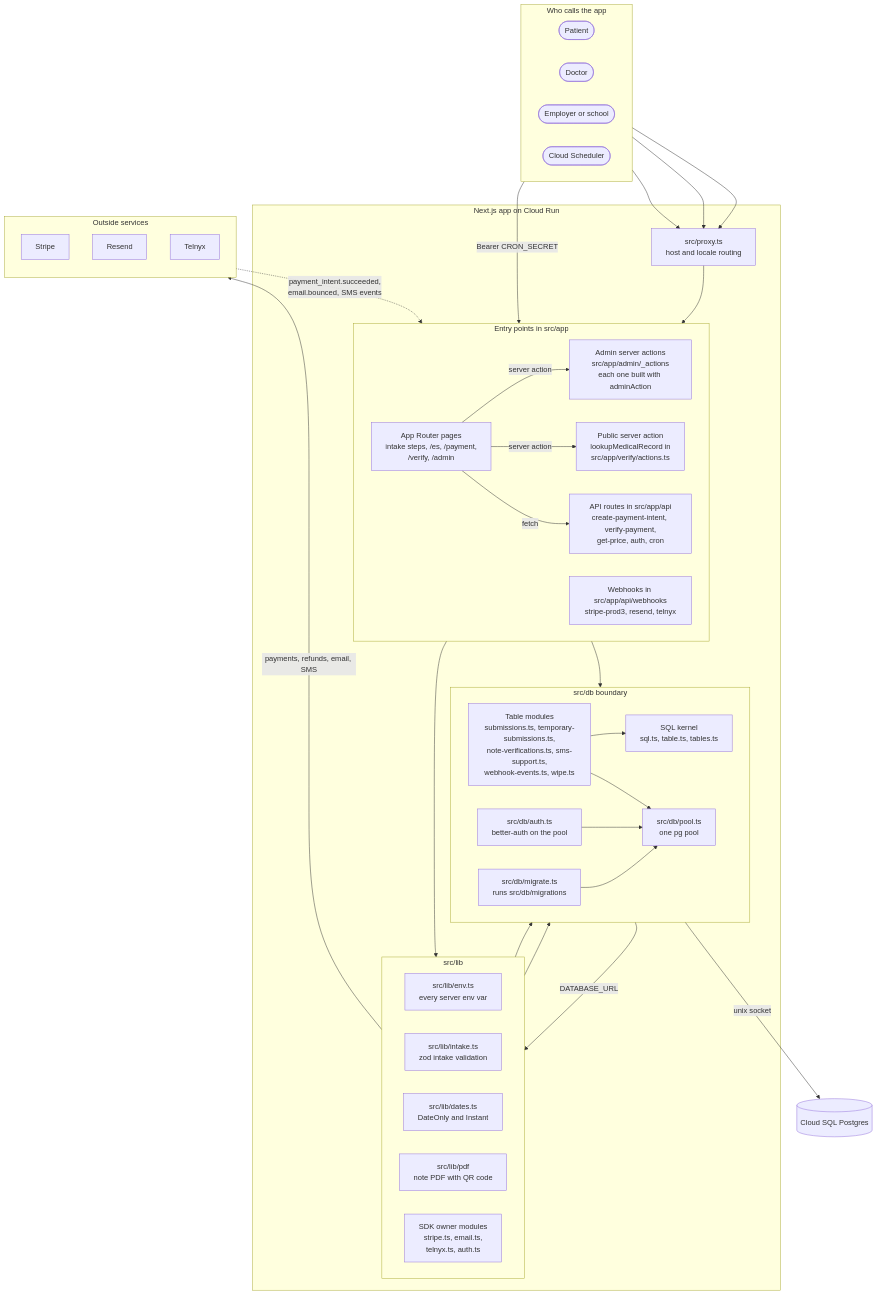
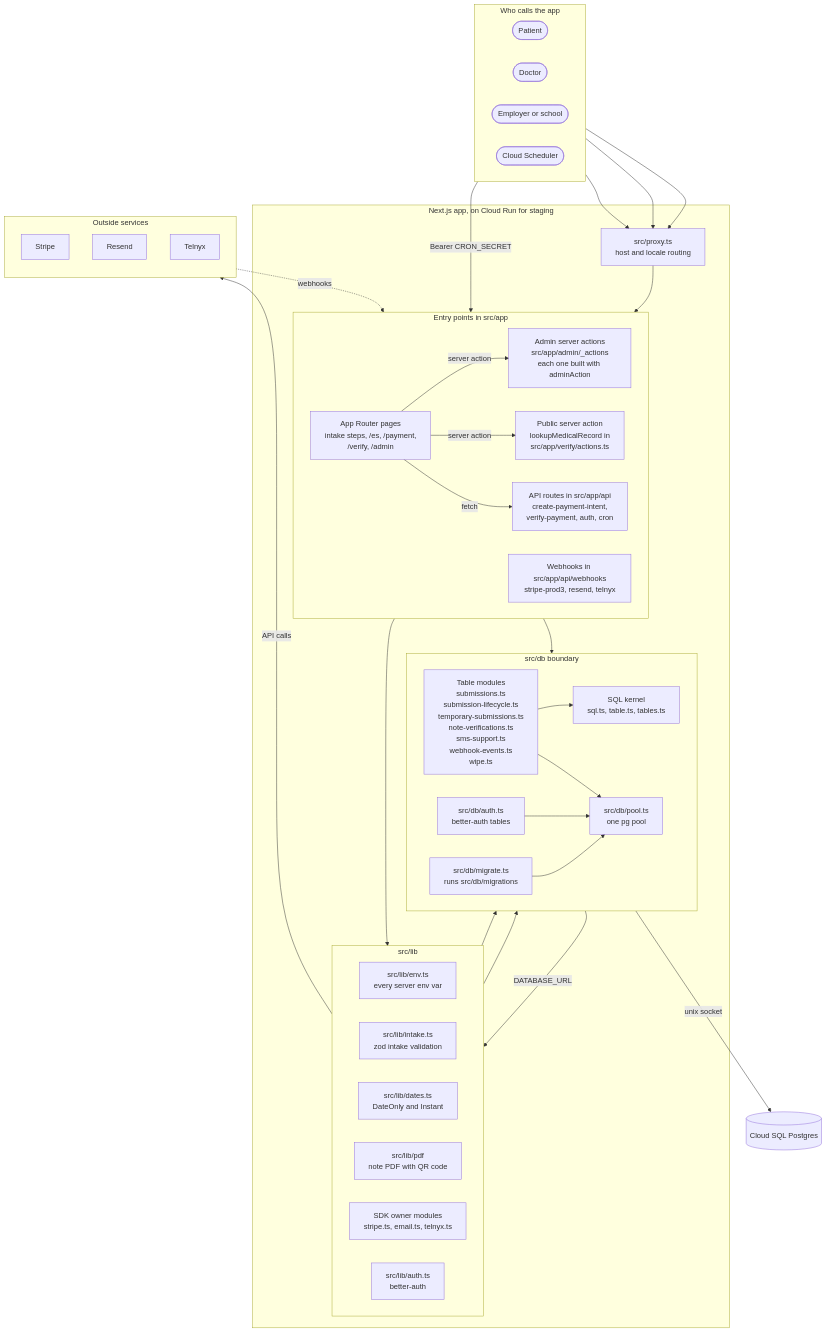
The first of 2 diagrams in README.md (chasef07/odn), drawn with Mermaid before and after one commit. The commit also changed other lines of this file, not shown here.

First line of the commit message:
docs(readme): describe staging and production deploys and the lifecycle as of #26

````diff
--- a/README.md
+++ b/README.md
@@ -26,74 +28,75 @@
 ```mermaid
 flowchart TB
   subgraph people["Who calls the app"]
     direction LR
     patient(["Patient"])
     doctor(["Doctor"])
     checker(["Employer or school"])
     scheduler(["Cloud Scheduler"])
   end
 
-  subgraph cloudrun["Next.js app on Cloud Run"]
+  subgraph cloudrun["Next.js app, on Cloud Run for staging"]
     proxy["src/proxy.ts<br/>host and locale routing"]
 
     subgraph entry["Entry points in src/app"]
       direction LR
       pages["App Router pages<br/>intake steps, /es, /payment,<br/>/verify, /admin"]
       actions["Admin server actions<br/>src/app/admin/_actions<br/>each one built with adminAction"]
       lookup["Public server action<br/>lookupMedicalRecord in<br/>src/app/verify/actions.ts"]
-      routes["API routes in src/app/api<br/>create-payment-intent, verify-payment,<br/>get-price, auth, cron"]
+      routes["API routes in src/app/api<br/>create-payment-intent,<br/>verify-payment, auth, cron"]
       webhooks["Webhooks in src/app/api/webhooks<br/>stripe-prod3, resend, telnyx"]
     end
 
     subgraph lib["src/lib"]
       direction LR
       env["src/lib/env.ts<br/>every server env var"]
       intake["src/lib/intake.ts<br/>zod intake validation"]
       dates["src/lib/dates.ts<br/>DateOnly and Instant"]
       pdf["src/lib/pdf<br/>note PDF with QR code"]
-      owners["SDK owner modules<br/>stripe.ts, email.ts,<br/>telnyx.ts, auth.ts"]
+      owners["SDK owner modules<br/>stripe.ts, email.ts, telnyx.ts"]
+      auth["src/lib/auth.ts<br/>better-auth"]
     end
 
     subgraph db["src/db boundary"]
       direction LR
-      modules["Table modules<br/>submissions.ts, temporary-submissions.ts,<br/>note-verifications.ts, sms-support.ts,<br/>webhook-events.ts, wipe.ts"]
+      modules["Table modules<br/>submissions.ts<br/>submission-lifecycle.ts<br/>temporary-submissions.ts<br/>note-verifications.ts<br/>sms-support.ts<br/>webhook-events.ts<br/>wipe.ts"]
       kernel["SQL kernel<br/>sql.ts, table.ts, tables.ts"]
-      authdb["src/db/auth.ts<br/>better-auth on the pool"]
+      authdb["src/db/auth.ts<br/>better-auth tables"]
       migrate["src/db/migrate.ts<br/>runs src/db/migrations"]
       pool["src/db/pool.ts<br/>one pg pool"]
     end
   end
 
   subgraph outside["Outside services"]
     direction TB
     stripe["Stripe"]
     resend["Resend"]
     telnyx["Telnyx"]
   end
 
   postgres[("Cloud SQL Postgres")]
 
   patient --> proxy
   doctor --> proxy
   checker --> proxy
   scheduler -->|Bearer CRON_SECRET| routes
   proxy --> pages
   pages -->|server action| actions
   pages -->|server action| lookup
   pages -->|fetch| routes
 
   entry --> lib
   entry --> modules
   lib --> modules
-  owners --> authdb
+  auth --> authdb
 
-  owners -->|payments, refunds, email, SMS| outside
-  outside -.->|payment_intent.succeeded,<br/>email.bounced, SMS events| webhooks
+  owners -->|API calls| outside
+  outside -.->|webhooks| webhooks
 
   modules --> kernel
   modules --> pool
   authdb --> pool
   migrate --> pool
   pool -->|DATABASE_URL| env
   pool -->|unix socket| postgres
 ```
````
